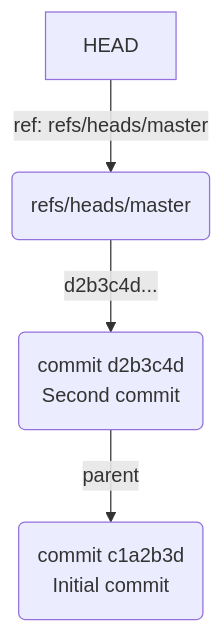
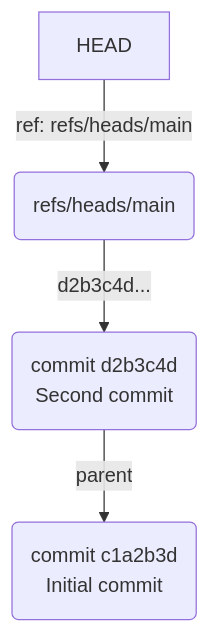
One commit to engineers-hub-ltd-in-house-project/git-deep-understanding changed the first of 2 diagrams in manuscript/part1/chapter06.md. Above: the diagram before and after it, drawn with Mermaid. The commit also changed other lines of this file and 36 other files, not shown here.

````diff
--- a/manuscript/part1/chapter06.md
+++ b/manuscript/part1/chapter06.md
@@ -92,6 +92,6 @@
 ```mermaid
 graph TD
-    HEAD -- "ref: refs/heads/master" --> B(refs/heads/master);
+    HEAD -- "ref: refs/heads/main" --> B(refs/heads/main);
     B -- "d2b3c4d..." --> C2("commit d2b3c4d<br/>Second commit");
     C2 -- "parent" --> C1("commit c1a2b3d<br/>Initial commit");
 ```
````
